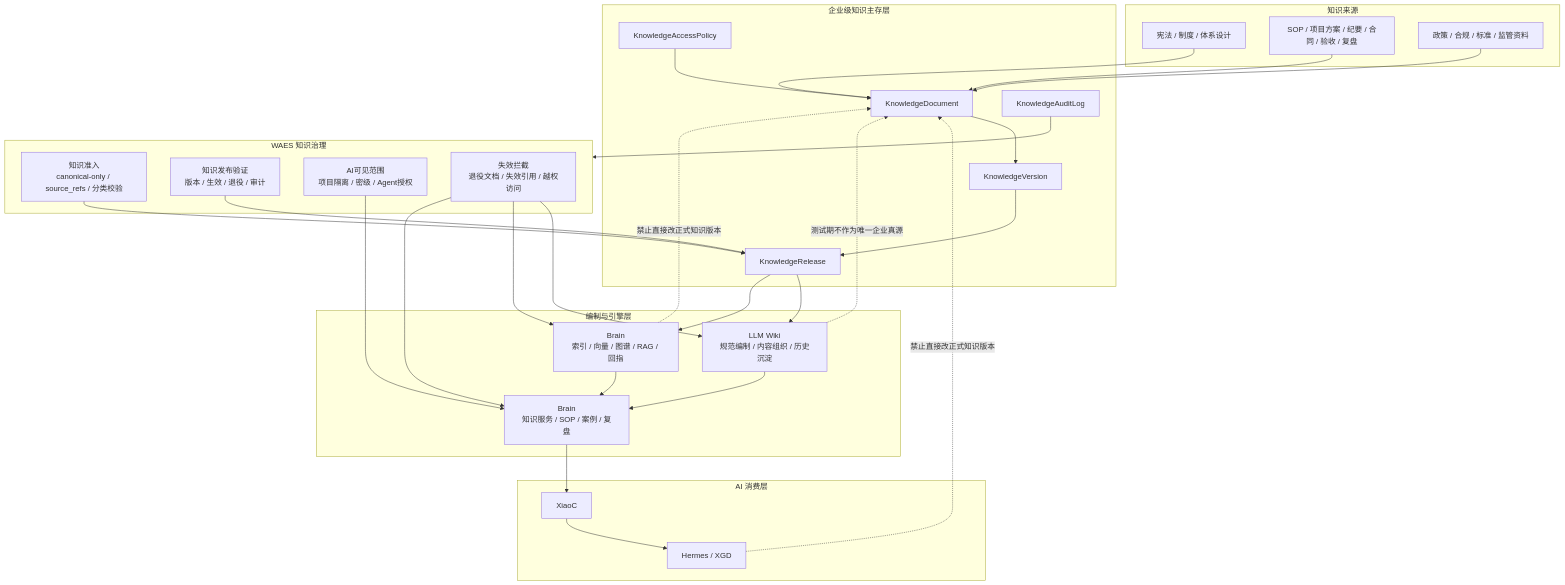
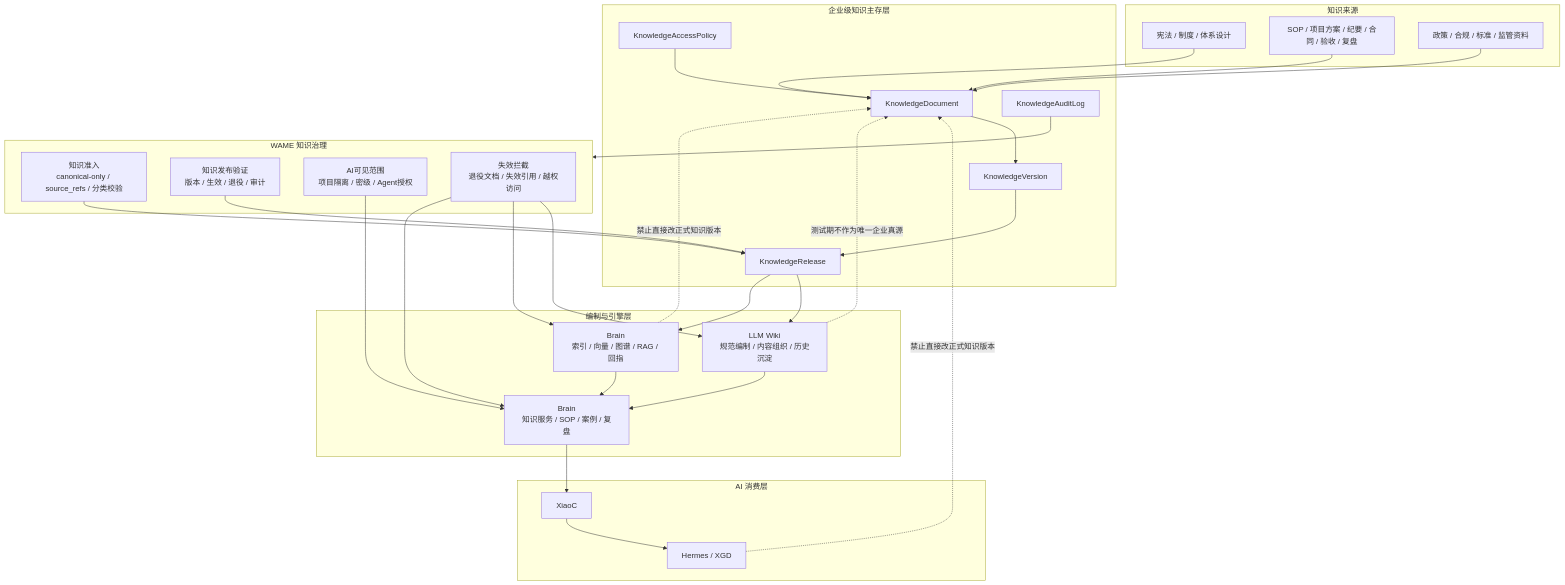
One commit to Jiumilu/GCGPCF changed the diagram in 03-data-ai-knowledge/GlobalCloud绿色供应链体系企业级知识库主存层与LLM Wiki-Brain升级图.md. Above: the diagram before and after it, drawn with Mermaid. The commit also changed other lines of this file and 968 other files, not shown here.

First line of the commit message:
docs(naming): WAES→WAME 命名与文档层全局同步（Markdown）

````diff
--- a/03-data-ai-knowledge/GlobalCloud绿色供应链体系企业级知识库主存层与LLM Wiki-Brain升级图.md
+++ b/03-data-ai-knowledge/GlobalCloud绿色供应链体系企业级知识库主存层与LLM Wiki-Brain升级图.md
@@ -27,67 +27,67 @@
 ```mermaid
 flowchart TB
   subgraph SRC["知识来源"]
     DOC1["宪法 / 制度 / 体系设计"]
     DOC2["SOP / 项目方案 / 纪要 / 合同 / 验收 / 复盘"]
     DOC3["政策 / 合规 / 标准 / 监管资料"]
   end
 
   subgraph KMS["企业级知识主存层"]
     KDOC["KnowledgeDocument"]
     KVER["KnowledgeVersion"]
     KREL["KnowledgeRelease"]
     KPOL["KnowledgeAccessPolicy"]
     KAUDIT["KnowledgeAuditLog"]
   end
 
   subgraph MIG["编制与引擎层"]
     WIKI["LLM Wiki
 规范编制 / 内容组织 / 历史沉淀"]
     GBRAIN["Brain
 索引 / 向量 / 图谱 / RAG / 回指"]
     BRAIN["Brain
 知识服务 / SOP / 案例 / 复盘"]
   end
 
-  subgraph WAES["WAES 知识治理"]
+  subgraph WAME["WAME 知识治理"]
     KIN["知识准入
 canonical-only / source_refs / 分类校验"]
     KPUB["知识发布验证
 版本 / 生效 / 退役 / 审计"]
     KAI["AI可见范围
 项目隔离 / 密级 / Agent授权"]
     KSTOP["失效拦截
 退役文档 / 失效引用 / 越权访问"]
   end
 
   subgraph AI["AI 消费层"]
     XIAOC["XiaoC"]
     HERMES["Hermes / XGD"]
   end
 
   DOC1 --> KDOC
   DOC2 --> KDOC
   DOC3 --> KDOC
 
   KDOC --> KVER --> KREL
   KPOL --> KDOC
-  KAUDIT --> WAES
+  KAUDIT --> WAME
 
   KREL --> WIKI
   KREL --> GBRAIN
   WIKI --> BRAIN
   GBRAIN --> BRAIN
 
   KIN --> KREL
   KPUB --> KREL
   KAI --> BRAIN
   KSTOP --> WIKI
   KSTOP --> GBRAIN
   KSTOP --> BRAIN
 
   BRAIN --> XIAOC --> HERMES
 
   HERMES -. 禁止直接改正式知识版本 .-> KDOC
   GBRAIN -. 禁止直接改正式知识版本 .-> KDOC
   WIKI -. 测试期不作为唯一企业真源 .-> KDOC
 ```
````
